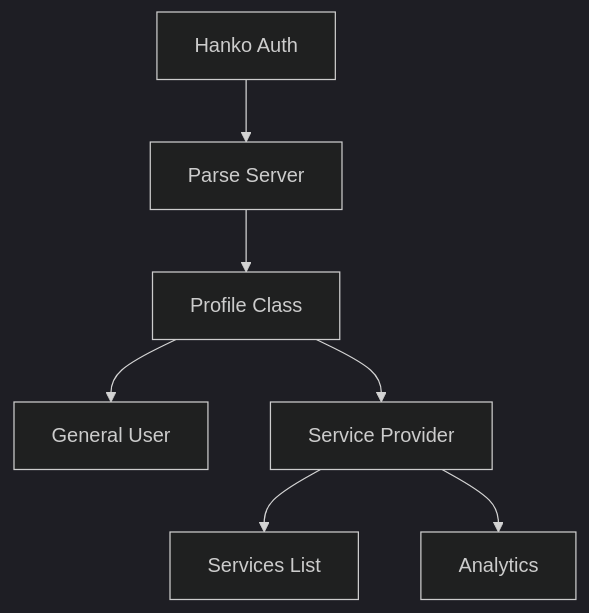
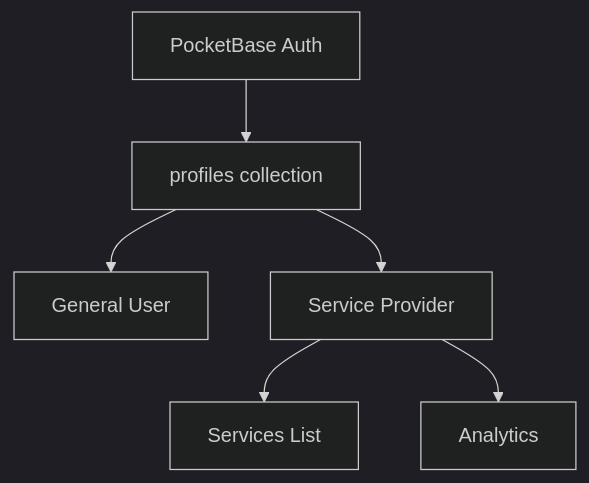
The tenth of 13 diagrams in expansion.md (dirm02/bloggista), drawn with Mermaid (dark theme) before and after one commit. The commit also changed other lines of this file, not shown here.

````diff
--- a/expansion.md
+++ b/expansion.md
@@ -418,9 +398,8 @@
 ```mermaid
 flowchart TB
-    Hanko[Hanko Auth] --> Parse[Parse Server]
-    Parse --> Profile[Profile Class]
+    PocketBase[PocketBase Auth] --> Profile[profiles collection]
     Profile --> General[General User]
     Profile --> Provider[Service Provider]
     Provider --> Services[Services List]
     Provider --> Analytics[Analytics]
 ```
````
